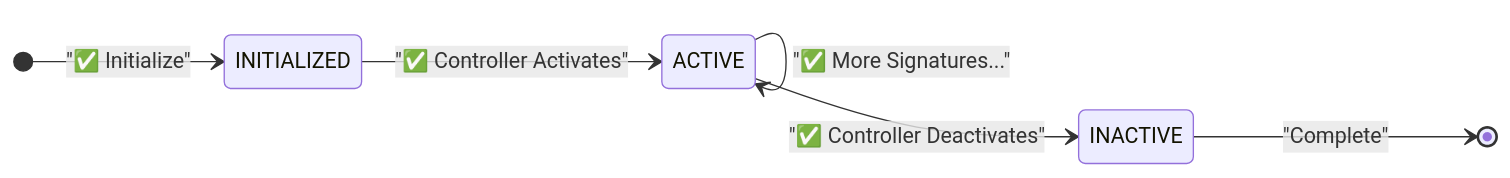
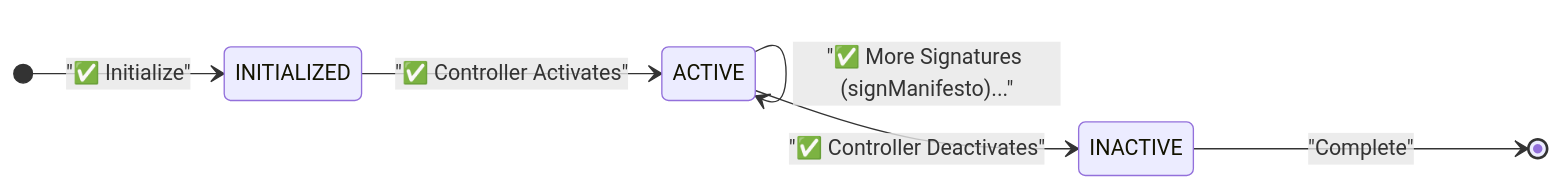
The second of 5 diagrams in lua-actor/src/tests/manifesto/manifesto.md (Consensys-Network-State/signet-execution-prototype), drawn with Mermaid before and after one commit. The commit also changed other lines of this file, not shown here.

````diff
--- a/lua-actor/src/tests/manifesto/manifesto.md
+++ b/lua-actor/src/tests/manifesto/manifesto.md
@@ -35,11 +37,11 @@
 ```mermaid
 stateDiagram-v2
     direction LR
     [*] --> INITIALIZED: "✅ Initialize"
     INITIALIZED --> ACTIVE: "✅ Controller Activates"
-    ACTIVE --> ACTIVE: "✅ Alice Signs"
-    ACTIVE --> ACTIVE: "✅ Bob Signs"
-    ACTIVE --> ACTIVE: "✅ More Signatures..."
+    ACTIVE --> ACTIVE: "✅ Alice Signs (signManifesto)"
+    ACTIVE --> ACTIVE: "✅ Bob Signs (signManifesto)"
+    ACTIVE --> ACTIVE: "✅ More Signatures (signManifesto)..."
     ACTIVE --> INACTIVE: "✅ Controller Deactivates"
     INACTIVE --> [*]: "Complete"
 ```
````
